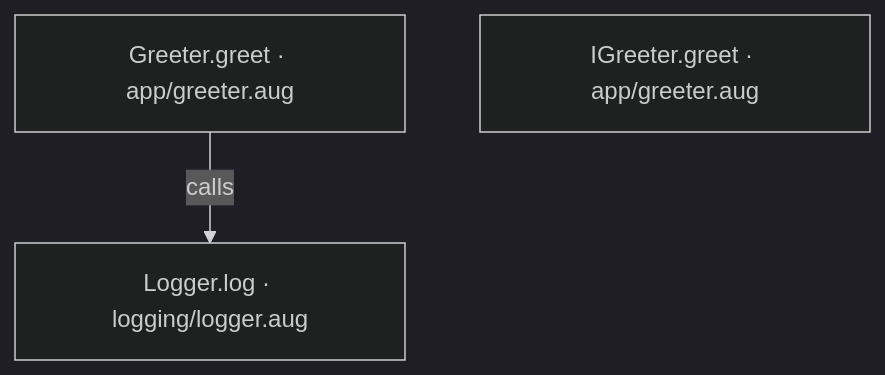
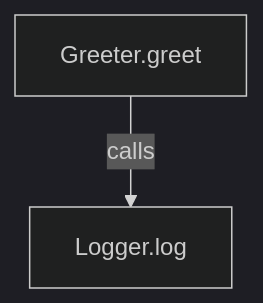
One commit to GreenPandaStudios/augscript changed the second of 3 diagrams in docs/examples/hello/app/greeter-diagrams.md. Above: the diagram before and after it, drawn with Mermaid (dark theme). The commit also changed other lines of this file and 524 other files, not shown here.

Commit message:
Explain checked data flow at folder and service levels

````diff
--- a/docs/examples/hello/app/greeter-diagrams.md
+++ b/docs/examples/hello/app/greeter-diagrams.md
@@ -34,7 +34,6 @@
 ```mermaid
 flowchart TD
-    n0["Greeter.greet · app/greeter.aug"]
-    n1["IGreeter.greet · app/greeter.aug"]
-    n2["Logger.log · logging/logger.aug"]
-    n0 -->|"calls"| n2
+    n0["Greeter.greet"]
+    n1["Logger.log"]
+    n0 -->|"calls"| n1
 ```
````
